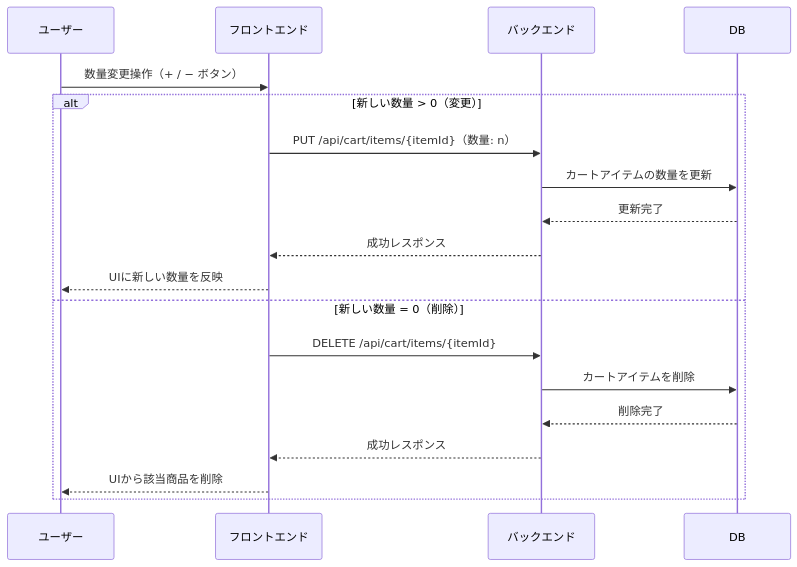
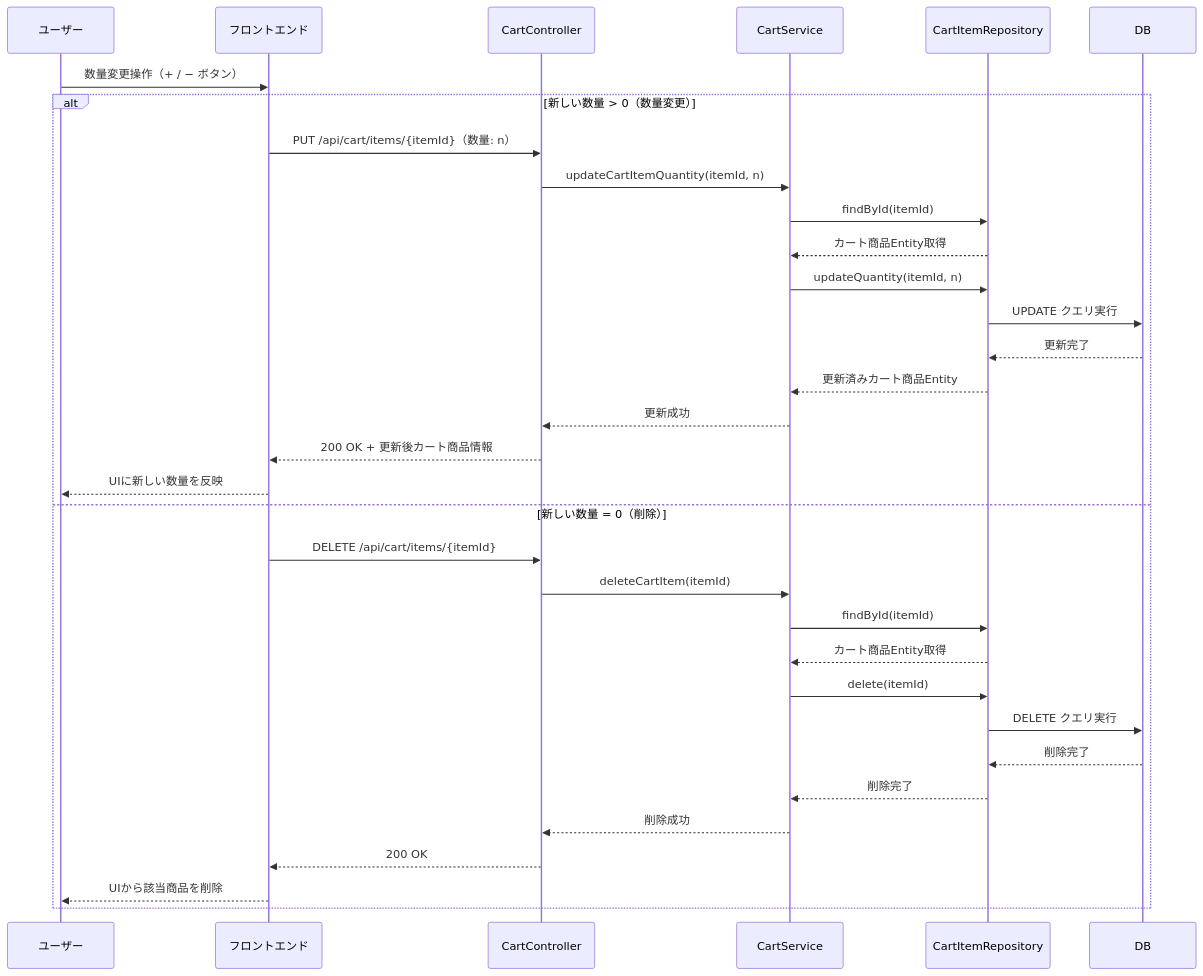
One commit to YUKlT0/Equipe changed the third of 8 diagrams in 詳細設計/B1.md. Above: the diagram before and after it, drawn with Mermaid. The commit also changed other lines of this file, not shown here.

```diff
--- a/詳細設計/B1.md
+++ b/詳細設計/B1.md
@@ -221,26 +291,40 @@
 <div class="mermaid">
 
 sequenceDiagram
 participant ユーザー
 participant フロントエンド
-participant バックエンド
+participant CartController
+participant CartService
+participant CartItemRepository
 participant DB
 
 ユーザー ->> フロントエンド: 数量変更操作（+ / − ボタン）
 
-alt 新しい数量 > 0（変更）
-    フロントエンド ->> バックエンド: PUT /api/cart/items/{itemId}（数量: n）
-    バックエンド ->> DB: カートアイテムの数量を更新
-    DB -->> バックエンド: 更新完了
-    バックエンド -->> フロントエンド: 成功レスポンス
+alt 新しい数量 > 0（数量変更）
+    フロントエンド ->> CartController: PUT /api/cart/items/{itemId}（数量: n）
+    CartController ->> CartService: updateCartItemQuantity(itemId, n)
+    CartService ->> CartItemRepository: findById(itemId)
+    CartItemRepository -->> CartService: カート商品Entity取得
+    CartService ->> CartItemRepository: updateQuantity(itemId, n)
+    CartItemRepository ->> DB: UPDATE クエリ実行
+    DB -->> CartItemRepository: 更新完了
+    CartItemRepository -->> CartService: 更新済みカート商品Entity
+    CartService -->> CartController: 更新成功
+    CartController -->> フロントエンド: 200 OK + 更新後カート商品情報
     フロントエンド -->> ユーザー: UIに新しい数量を反映
 
 else 新しい数量 = 0（削除）
-    フロントエンド ->> バックエンド: DELETE /api/cart/items/{itemId}
-    バックエンド ->> DB: カートアイテムを削除
-    DB -->> バックエンド: 削除完了
-    バックエンド -->> フロントエンド: 成功レスポンス
+    フロントエンド ->> CartController: DELETE /api/cart/items/{itemId}
+    CartController ->> CartService: deleteCartItem(itemId)
+    CartService ->> CartItemRepository: findById(itemId)
+    CartItemRepository -->> CartService: カート商品Entity取得
+    CartService ->> CartItemRepository: delete(itemId)
+    CartItemRepository ->> DB: DELETE クエリ実行
+    DB -->> CartItemRepository: 削除完了
+    CartItemRepository -->> CartService: 削除完了
+    CartService -->> CartController: 削除成功
+    CartController -->> フロントエンド: 200 OK
     フロントエンド -->> ユーザー: UIから該当商品を削除
 end
 
 </div>
```
